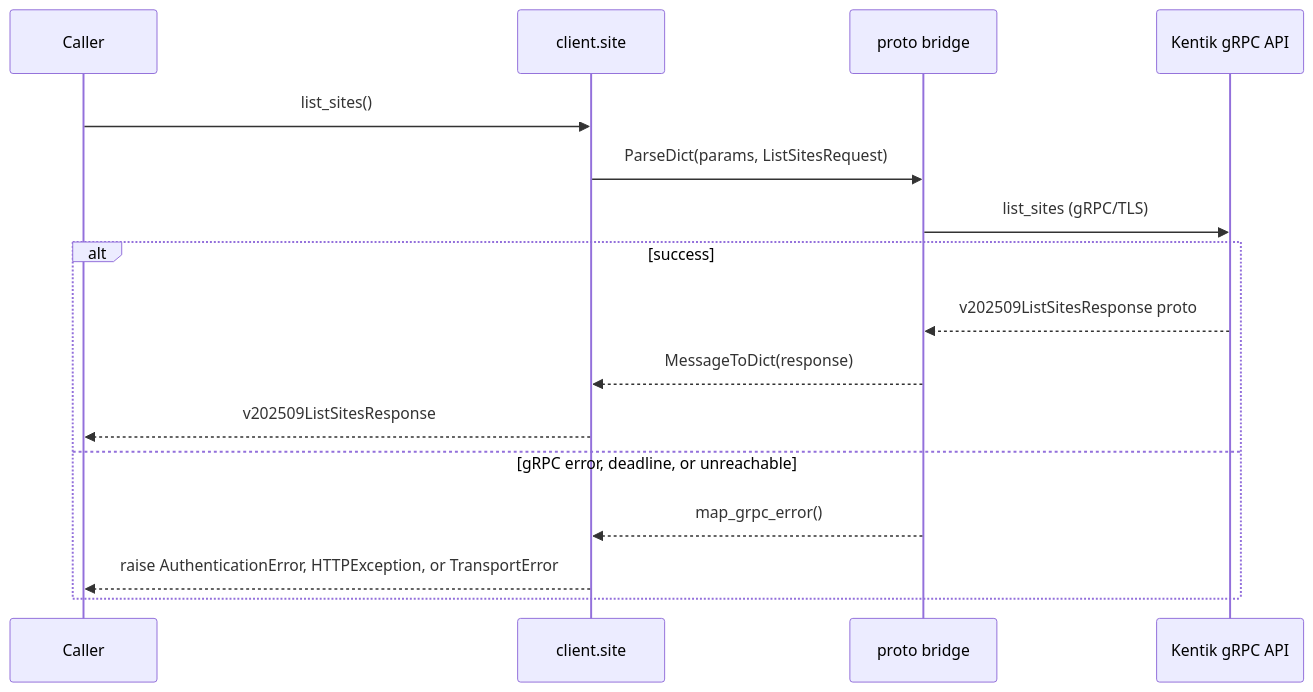
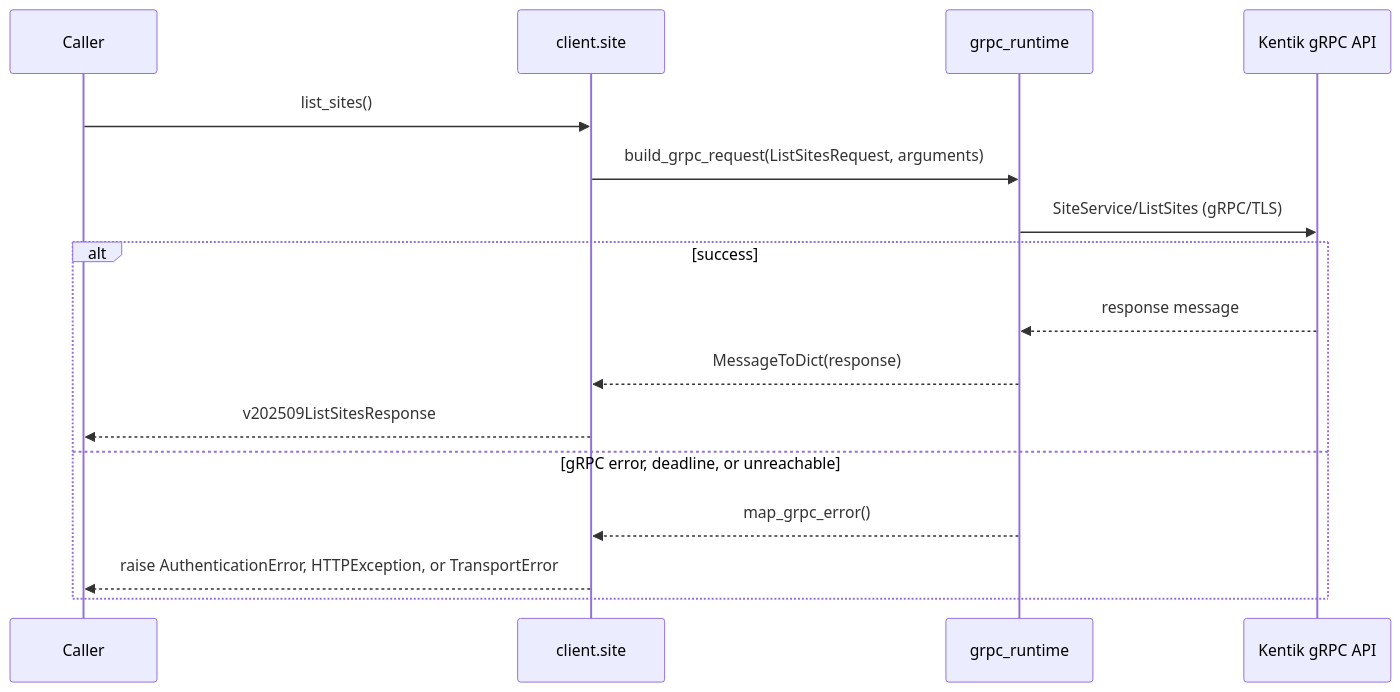
Before and after one commit to alexdearaujo/community_sdk_python: diagram 13 of 22 in docs/sphinx/services/site.md, drawn with Mermaid. The commit also changed other lines of this file and 37 other files, not shown here.

First line of the commit message:
docs: show the real RPC in each service page's gRPC diagram

````diff
--- a/docs/sphinx/services/site.md
+++ b/docs/sphinx/services/site.md
@@ -433,19 +433,19 @@
 ```mermaid
 sequenceDiagram
     participant C as Caller
     participant W as client.site
-    participant B as proto bridge
+    participant R as grpc_runtime
     participant API as Kentik gRPC API
 
     C->>W: list_sites()
-    W->>B: ParseDict(params, ListSitesRequest)
-    B->>API: list_sites (gRPC/TLS)
+    W->>R: build_grpc_request(ListSitesRequest, arguments)
+    R->>API: SiteService/ListSites (gRPC/TLS)
     alt success
-        API-->>B: v202509ListSitesResponse proto
-        B-->>W: MessageToDict(response)
+        API-->>R: response message
+        R-->>W: MessageToDict(response)
         W-->>C: v202509ListSitesResponse
     else gRPC error, deadline, or unreachable
-        B-->>W: map_grpc_error()
+        R-->>W: map_grpc_error()
         W-->>C: raise AuthenticationError, HTTPException, or TransportError
     end
 ```
````
